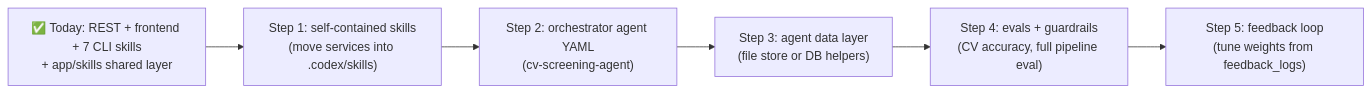
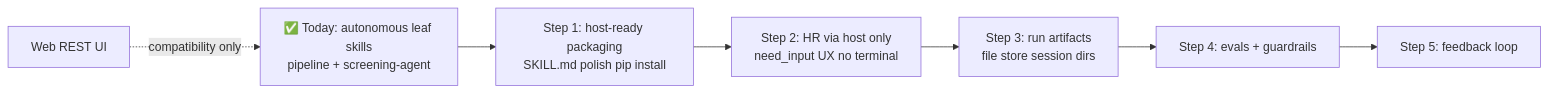
The seventh of 7 diagrams in docs/overall-logic-summary.md (sagee1125/agent-cv-screening), drawn with Mermaid before and after one commit. The commit also changed other lines of this file and 106 other files, not shown here.

````diff
--- a/docs/overall-logic-summary.md
+++ b/docs/overall-logic-summary.md
@@ -187,8 +401,9 @@
 ```mermaid
 flowchart LR
-    A["✅ Today: REST + frontend + 7 CLI skills<br/>+ app/skills shared layer"] --> B["Step 1: self-contained skills<br/>(move services into .codex/skills)"]
-    B --> C["Step 2: orchestrator agent YAML<br/>(cv-screening-agent)"]
-    C --> D["Step 3: agent data layer<br/>(file store or DB helpers)"]
-    D --> E["Step 4: evals + guardrails<br/>(CV accuracy, full pipeline eval)"]
-    E --> F["Step 5: feedback loop<br/>(tune weights from feedback_logs)"]
+    A["✅ Today: autonomous leaf skills<br/>pipeline + screening-agent"] --> B["Step 1: host-ready packaging<br/>SKILL.md polish pip install"]
+    B --> C["Step 2: HR via host only<br/>need_input UX no terminal"]
+    C --> D["Step 3: run artifacts<br/>file store session dirs"]
+    D --> E["Step 4: evals + guardrails"]
+    E --> F["Step 5: feedback loop"]
+    G[Web REST UI] -.->|compatibility only| A
 ```
````
